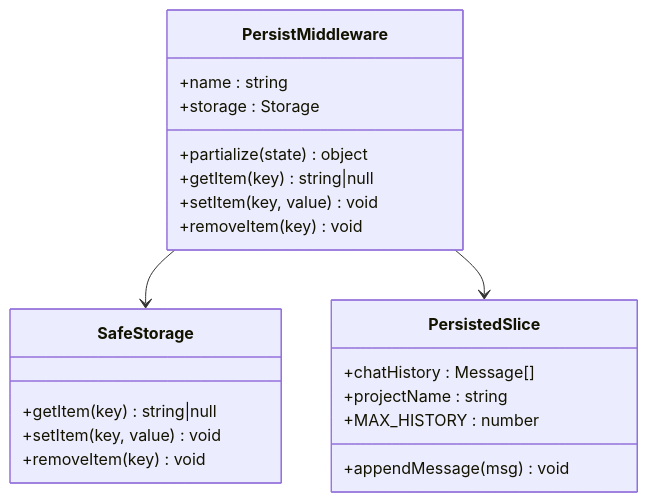
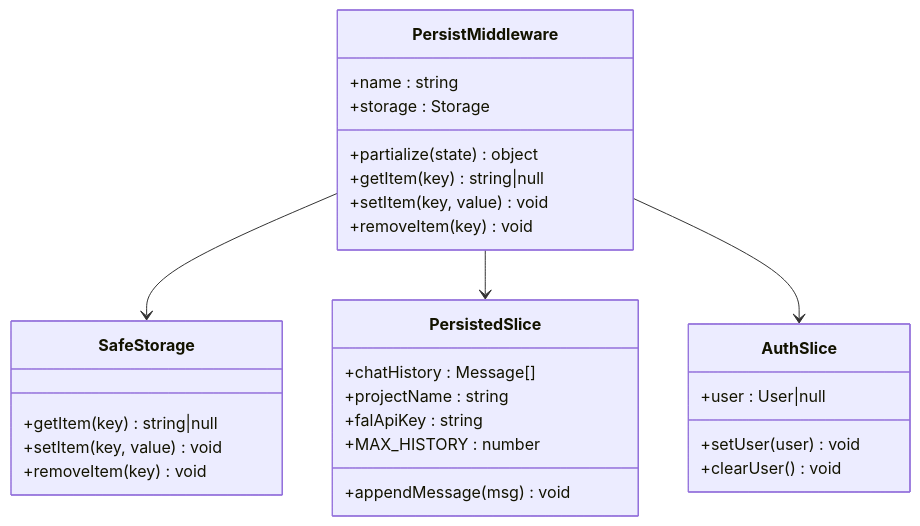
One commit to billye220670/BananaFlow2 changed diagram 17 of 21 in .qoder/repowiki/zh/content/状态管理系统.md. Above: the diagram before and after it, drawn with Mermaid. The commit also changed other lines of this file and 6 other files, not shown here.

````diff
--- a/.qoder/repowiki/zh/content/状态管理系统.md
+++ b/.qoder/repowiki/zh/content/状态管理系统.md
@@ -521,24 +644,31 @@
 ```mermaid
 classDiagram
 class PersistMiddleware {
 +name : string
 +storage : Storage
 +partialize(state) object
 +getItem(key) string|null
 +setItem(key, value) void
 +removeItem(key) void
 }
 class SafeStorage {
 +getItem(key) string|null
 +setItem(key, value) void
 +removeItem(key) void
 }
 class PersistedSlice {
 +chatHistory : Message[]
 +projectName : string
++falApiKey : string
 +MAX_HISTORY : number
 +appendMessage(msg) void
 }
+class AuthSlice {
++user : User|null
++setUser(user) void
++clearUser() void
+}
 PersistMiddleware --> SafeStorage
 PersistMiddleware --> PersistedSlice
+PersistMiddleware --> AuthSlice
 ```
````
